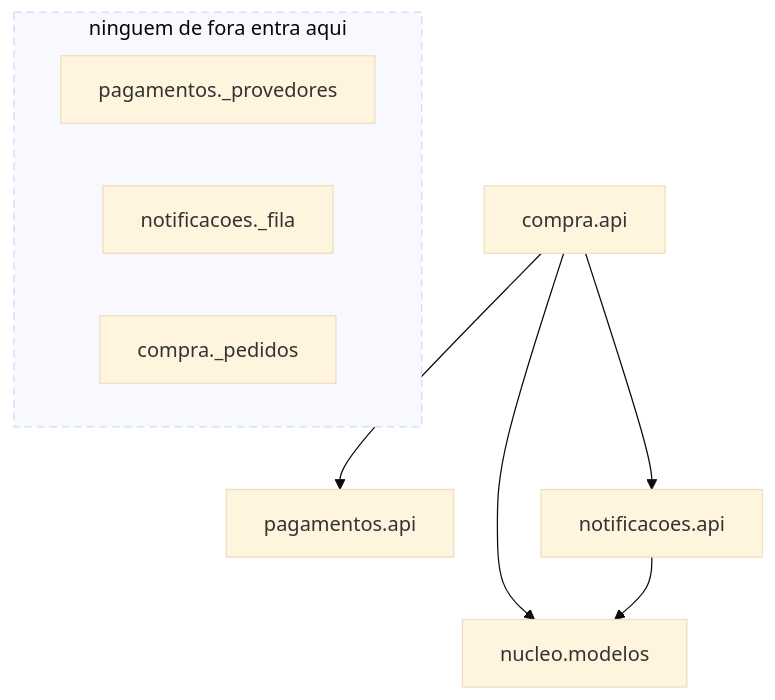
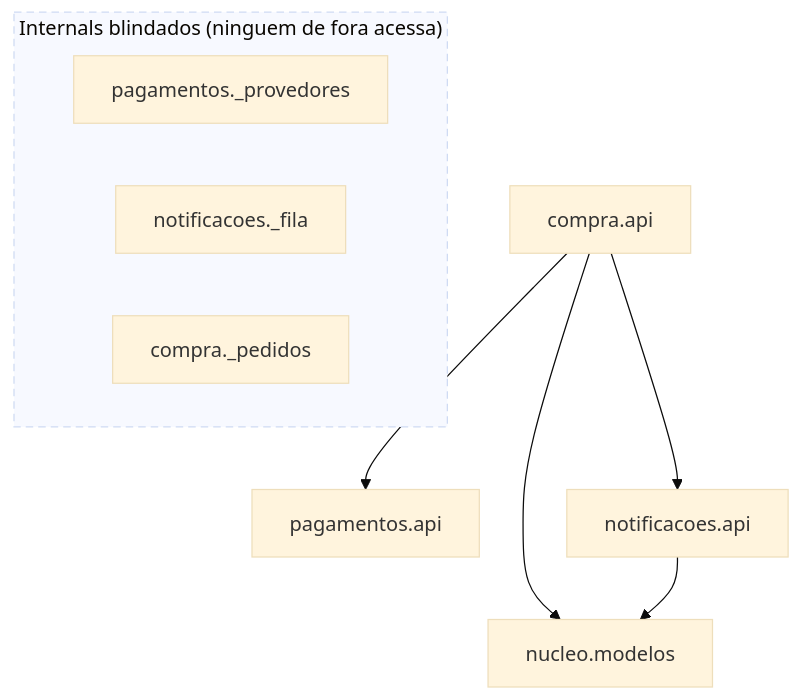
The second of 2 diagrams in docs/modulo2/aula11-monolito-modular.md (eduardo-da-silva/fundamentos-arquitetura), drawn with Mermaid (base theme) before and after one commit. The commit also changed other lines of this file and 8 other files, not shown here.

````diff
--- a/docs/modulo2/aula11-monolito-modular.md
+++ b/docs/modulo2/aula11-monolito-modular.md
@@ -90,17 +221,19 @@
 ```mermaid
 flowchart TD
     compra["compra.api"]
     pagamentos["pagamentos.api"]
     notificacoes["notificacoes.api"]
     nucleo["nucleo.modelos"]
+    
     compra --> pagamentos
     compra --> notificacoes
     compra --> nucleo
     notificacoes --> nucleo
-    subgraph internos ["ninguem de fora entra aqui"]
+    
+    subgraph internos ["Internals blindados (ninguem de fora acessa)"]
         prov["pagamentos._provedores"]
         fila["notificacoes._fila"]
         ped["compra._pedidos"]
     end
     style internos stroke-dasharray: 6 4
 ```
````
